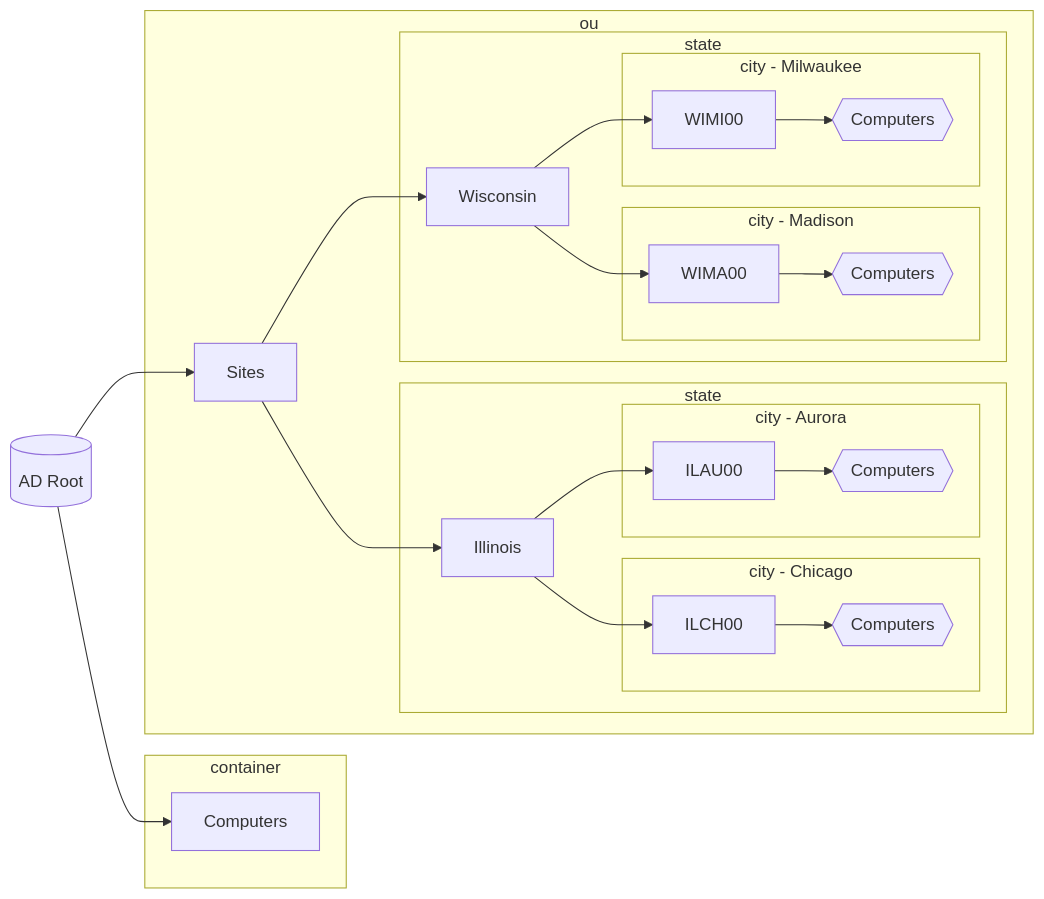
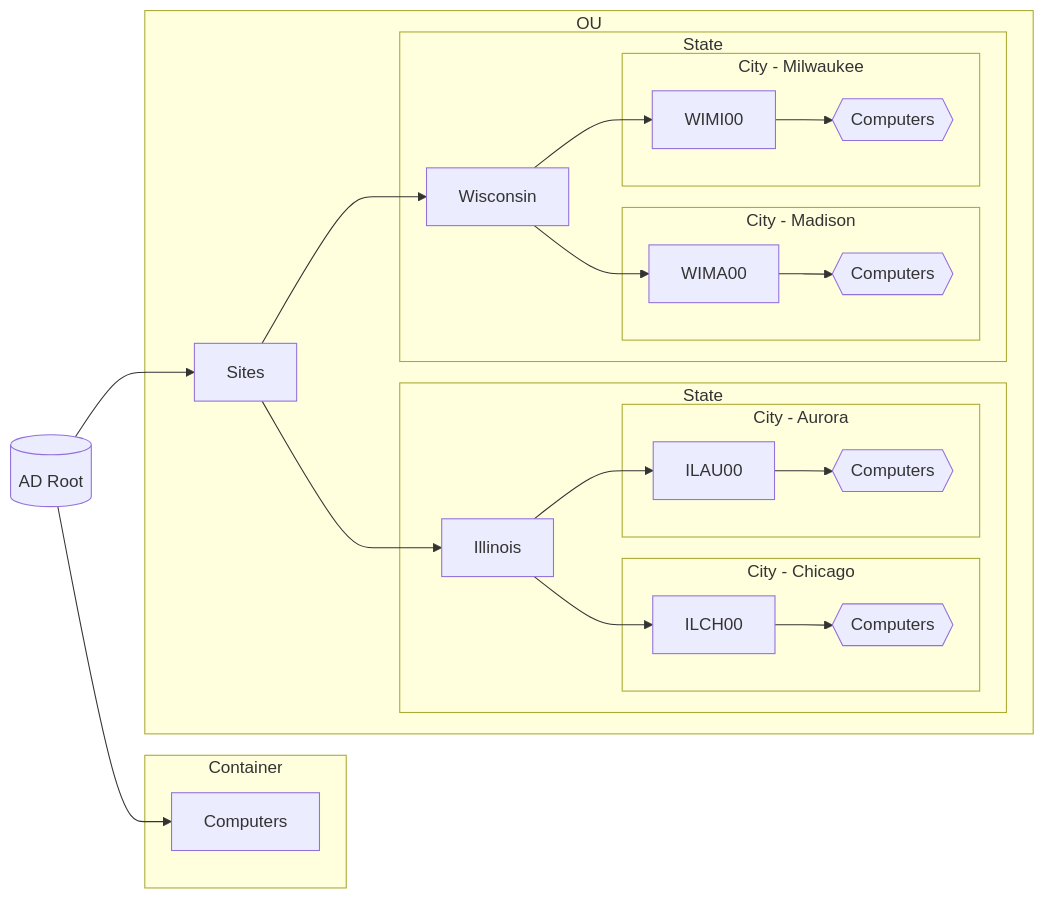
The diagram in powershell-scripts/Move-ComputersByStateSiteCode/README.md (emerconnelly/sysadmin), drawn with Mermaid before and after one commit.

````diff
--- a/powershell-scripts/Move-ComputersByStateSiteCode/README.md
+++ b/powershell-scripts/Move-ComputersByStateSiteCode/README.md
@@ -13,33 +13,33 @@
 ```mermaid
 flowchart LR
     ad1[(AD Root)]
     ad1 --> computers1[Computers]
-        subgraph container1[container]
+        subgraph container1[Container]
         computers1
         end
     ad1 --> Sites
-        subgraph ou1[ou]
+        subgraph ou1[OU]
         Sites --> Illinois
-            subgraph state1[state]
+            subgraph state1[State]
             Illinois --> ILCH00
-                subgraph city1[city - Chicago]
+                subgraph city1[City - Chicago]
                 ILCH00 --> computer1{{Computers}}
                 end
             Illinois --> ILAU00
-                subgraph city2[city - Aurora]
+                subgraph city2[City - Aurora]
                 ILAU00 --> computer2{{Computers}}
                 end
             end
         Sites --> Wisconsin
-            subgraph state2[state]
+            subgraph state2[State]
             Wisconsin --> WIMA00
-                subgraph city3[city - Madison]
+                subgraph city3[City - Madison]
                 WIMA00 --> computer3{{Computers}}
                 end
             Wisconsin --> WIMI00
-                subgraph city4[city - Milwaukee]
+                subgraph city4[City - Milwaukee]
                 WIMI00 --> computer4{{Computers}}
                 end
             end
         end
 ```
````
